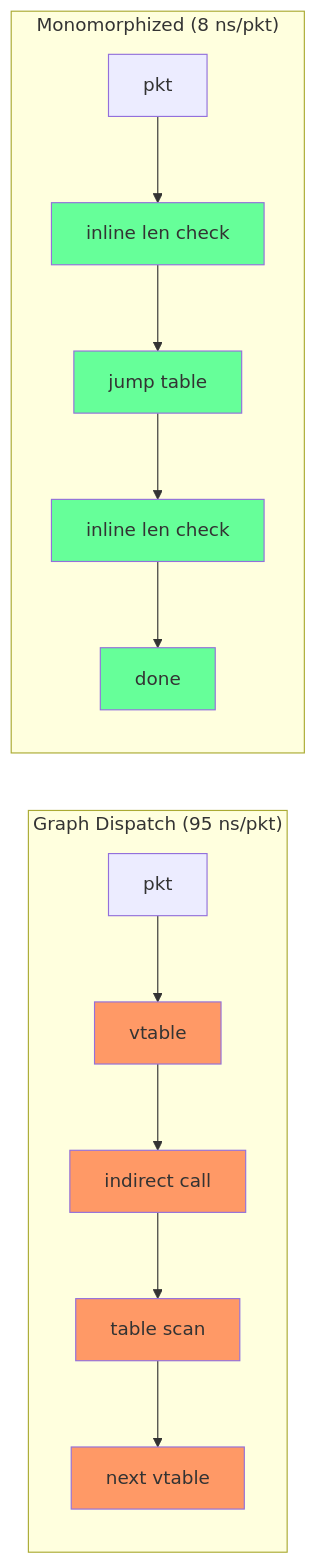
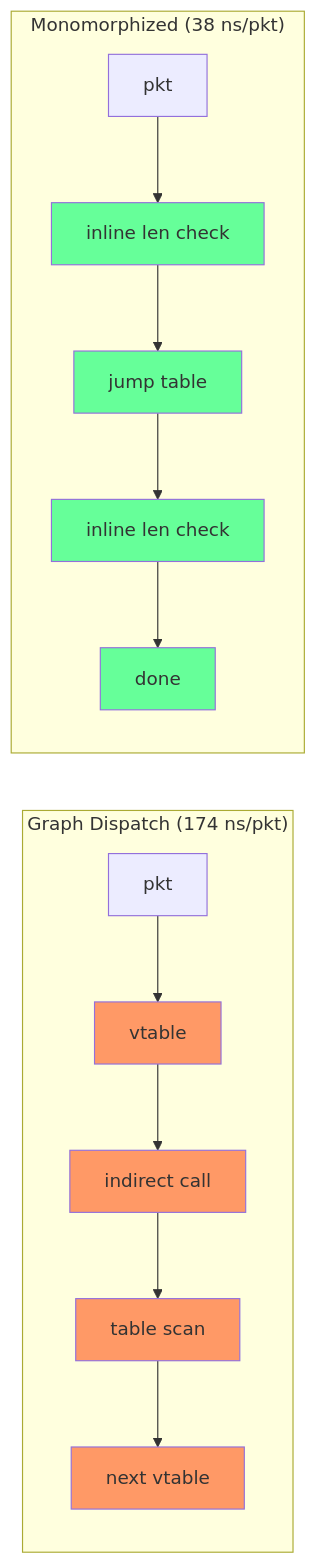
The second of 3 diagrams in xdp2-rs/docs/performance-lecture.md (randomizedcoder/xdp2), drawn with Mermaid before and after one commit. The commit also changed other lines of this file and 9 other files, not shown here.

First line of the commit message:
perf: honest benchmarks — all modes extract FlowMeta, update docs

````diff
--- a/xdp2-rs/docs/performance-lecture.md
+++ b/xdp2-rs/docs/performance-lecture.md
@@ -375,17 +376,17 @@
 ```mermaid
 flowchart LR
-    subgraph Before["Graph Dispatch (95 ns/pkt)"]
+    subgraph Before["Graph Dispatch (174 ns/pkt)"]
         A1["pkt"] --> B1["vtable"] --> C1["indirect call"] --> D1["table scan"] --> E1["next vtable"]
     end
-    subgraph After["Monomorphized (8 ns/pkt)"]
+    subgraph After["Monomorphized (38 ns/pkt)"]
         A2["pkt"] --> B2["inline len check"] --> C2["jump table"] --> D2["inline len check"] --> E2["done"]
     end
     style B1 fill:#f96
     style C1 fill:#f96
     style D1 fill:#f96
     style E1 fill:#f96
     style B2 fill:#6f9
     style C2 fill:#6f9
     style D2 fill:#6f9
     style E2 fill:#6f9
 ```
````
